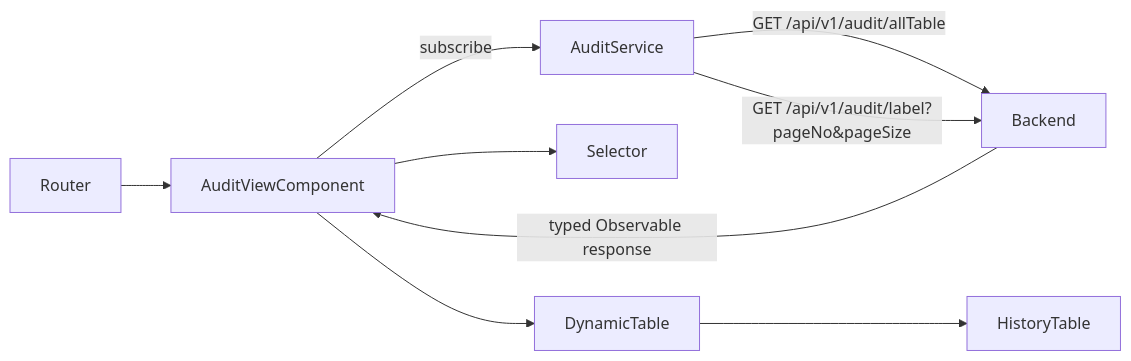
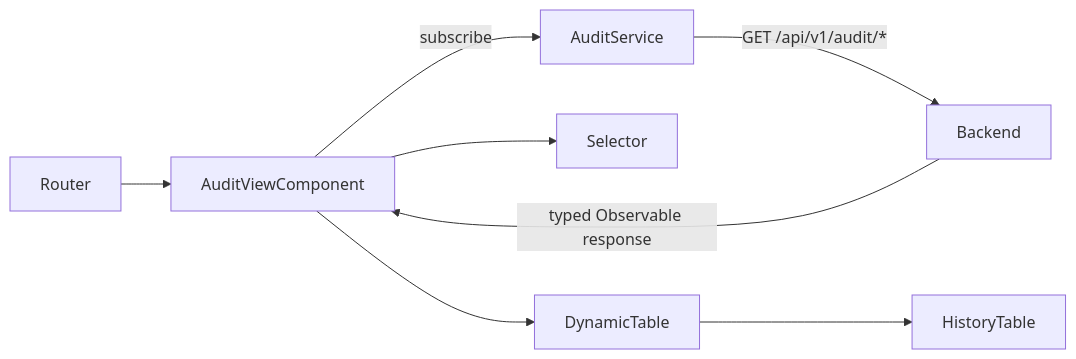
Before and after one commit to MrAkashKumar/audit-fronted: the first of 2 diagrams in docs/ARCHITECTURE.md, drawn with Mermaid. The commit also changed other lines of this file and 16 other files, not shown here.

````diff
--- a/docs/ARCHITECTURE.md
+++ b/docs/ARCHITECTURE.md
@@ -7,11 +7,10 @@
 ```mermaid
 flowchart LR
     Router --> AuditViewComponent
     AuditViewComponent -->|subscribe| AuditService
-    AuditService -->|GET /api/v1/audit/allTable| Backend
-    AuditService -->|GET /api/v1/audit/label?pageNo&pageSize| Backend
+    AuditService -->|GET /api/v1/audit/*| Backend
     Backend -->|typed Observable response| AuditViewComponent
     AuditViewComponent --> Selector
     AuditViewComponent --> DynamicTable
     DynamicTable --> HistoryTable
 ```
````
